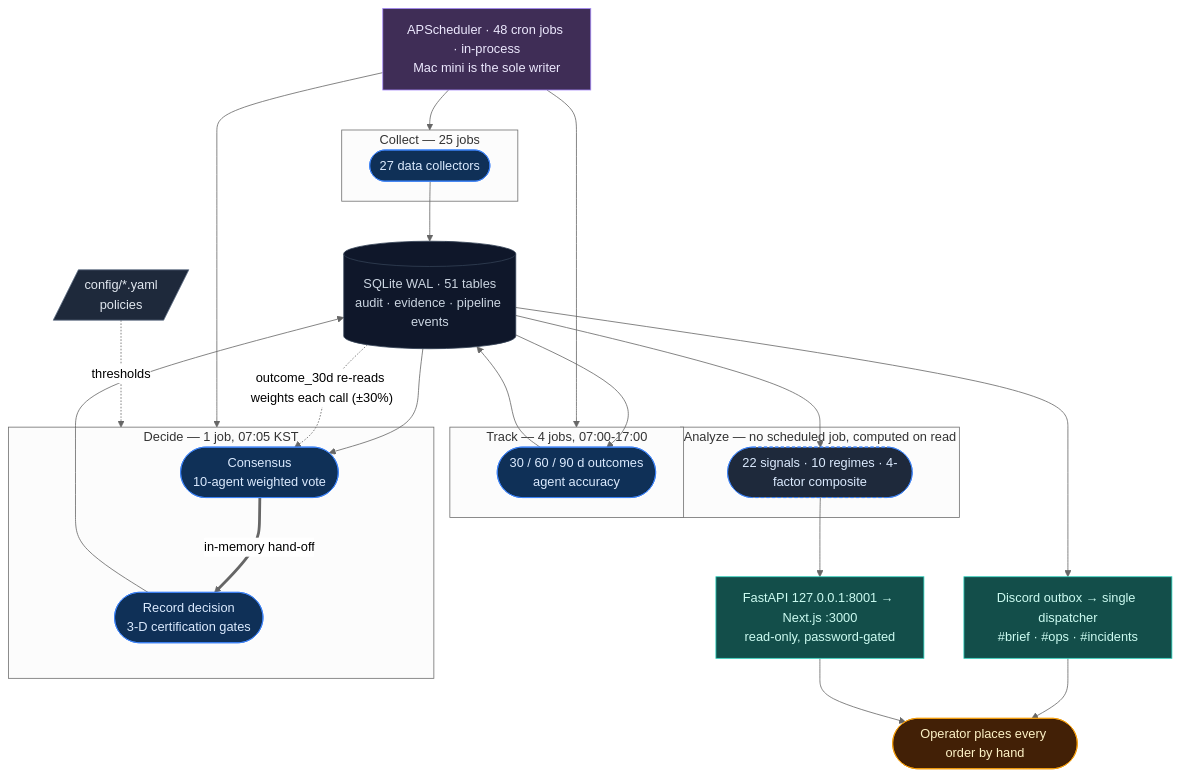
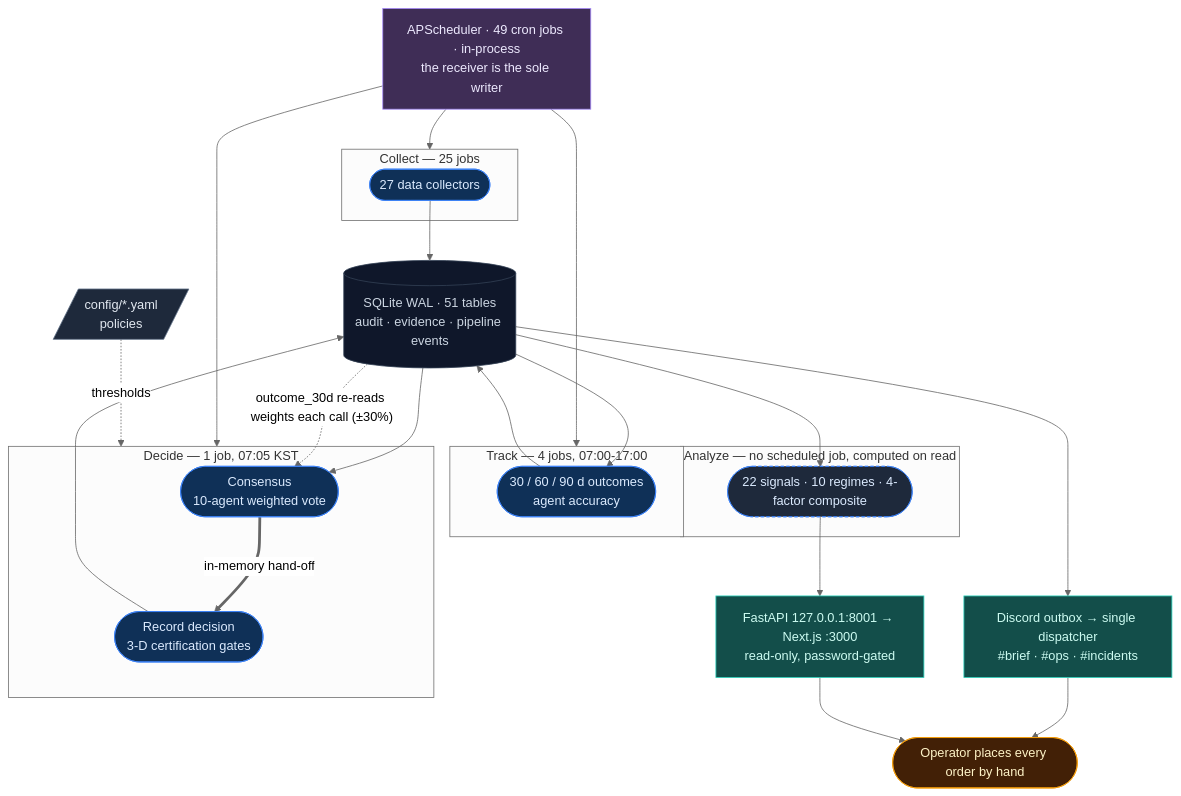
One commit to researcherhojin/nuri-quant changed the diagram in README.md. Above: the diagram before and after it, drawn with Mermaid (neutral theme). The commit also changed other lines of this file and 8 other files, not shown here.

````diff
--- a/README.md
+++ b/README.md
@@ -55,53 +55,53 @@
 ```mermaid
 flowchart TB
-    SCHED["APScheduler · 48 cron jobs · in-process<br/>Mac mini is the sole writer"]:::driver
+    SCHED["APScheduler · 49 cron jobs · in-process<br/>the receiver is the sole writer"]:::driver
     CFG[/"config/*.yaml<br/>policies"/]:::source
 
     subgraph Collect["Collect — 25 jobs"]
         COL(["27 data collectors"]):::pipe
     end
     subgraph Decide["Decide — 1 job, 07:05 KST"]
         CON(["Consensus<br/>10-agent weighted vote"]):::pipe
         CER(["Record decision<br/>3-D certification gates"]):::pipe
         CON ==>|in-memory hand-off| CER
     end
     subgraph Track["Track — 4 jobs, 07:00-17:00"]
         TRK(["30 / 60 / 90 d outcomes<br/>agent accuracy"]):::pipe
     end
     subgraph Analyze["Analyze — no scheduled job, computed on read"]
         ANA(["22 signals · 10 regimes · 4-factor composite"]):::lazy
     end
 
     DB[("SQLite WAL · 51 tables<br/>audit · evidence · pipeline events")]:::sink
 
     SCHED --> Collect
     SCHED --> Decide
     SCHED --> Track
     CFG -. thresholds .-> Decide
 
     COL --> DB
     DB --> CON
     CER --> DB
     DB --> TRK
     TRK --> DB
     DB -. "outcome_30d re-reads weights each call (±30%)" .-> CON
 
     DB --> ANA
     ANA --> READ
     DB --> BRIEF
 
     BRIEF["Discord outbox → single dispatcher<br/>#brief · #ops · #incidents"]:::out
     READ["FastAPI 127.0.0.1:8001 → Next.js :3000<br/>read-only, password-gated"]:::out
     USER(["Operator places every order by hand"]):::user
 
     BRIEF --> USER
     READ --> USER
 
     classDef driver fill:#3f2d56,stroke:#a78bfa,color:#ede9fe
     classDef source fill:#1e293b,stroke:#64748b,color:#e2e8f0
     classDef pipe   fill:#0f3057,stroke:#3b82f6,color:#dbeafe
     classDef lazy   fill:#1e293b,stroke:#3b82f6,color:#dbeafe,stroke-dasharray: 4 3
     classDef sink   fill:#0f172a,stroke:#334155,color:#cbd5e1
     classDef out    fill:#134e4a,stroke:#2dd4bf,color:#ccfbf1
     classDef user   fill:#422006,stroke:#f59e0b,color:#fef3c7
 ```
````
